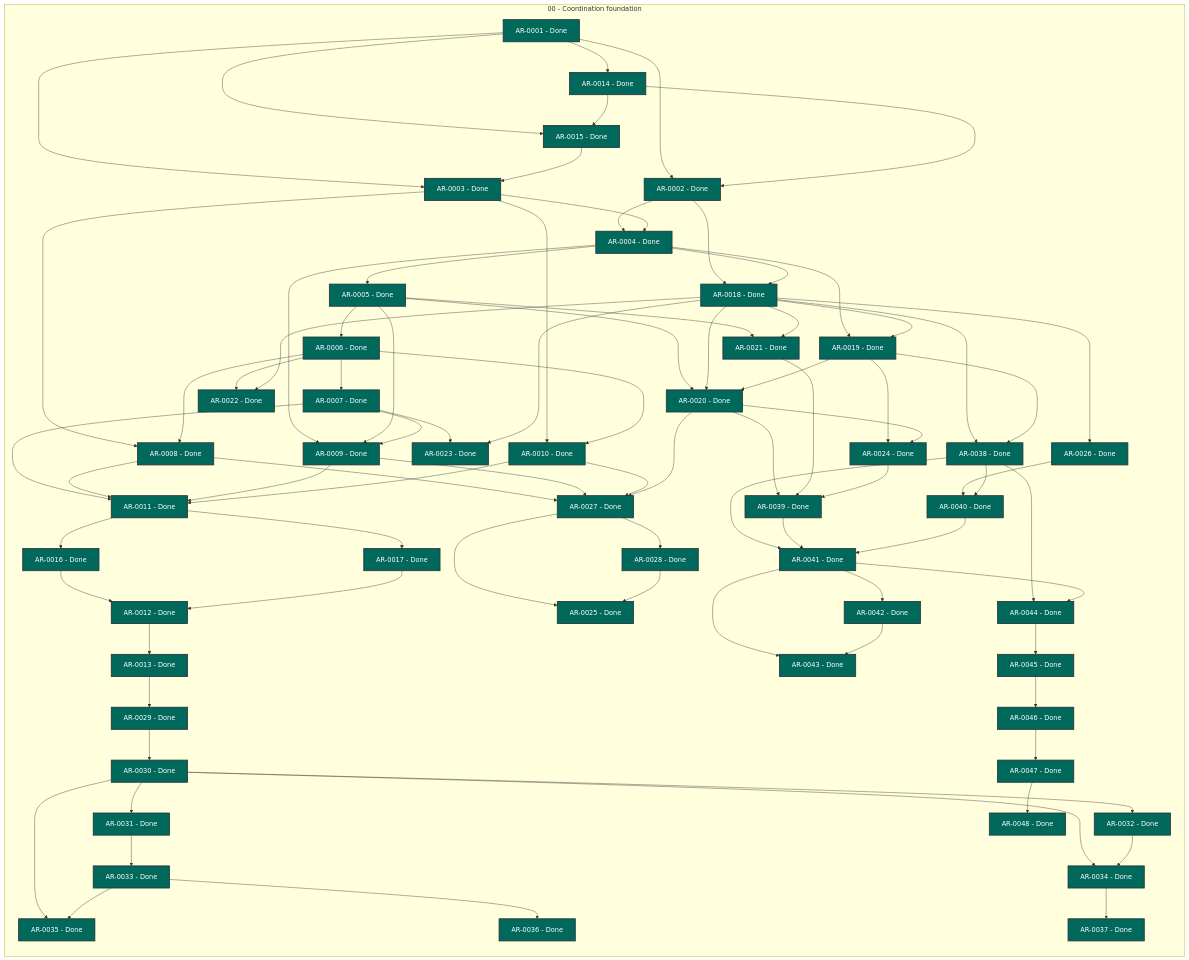
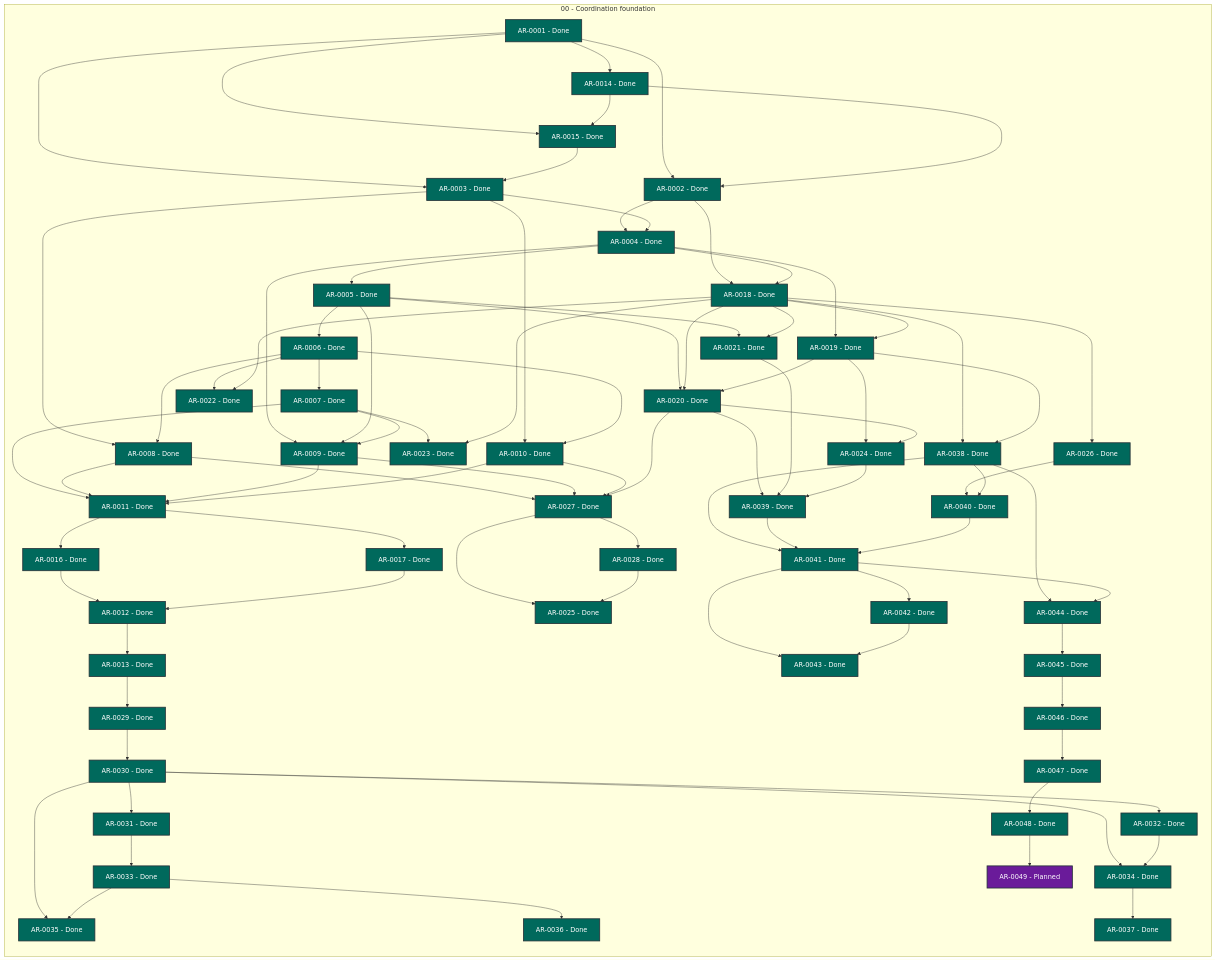
The diagram in STATUS.md (martin-beck/agent-workflow-tui-state), drawn with Mermaid before and after one commit. The commit also changed other lines of this file and 1 other file, not shown here.

```diff
--- a/STATUS.md
+++ b/STATUS.md
@@ -76,6 +76,7 @@
         AR_0046["AR-0046 - Done"]:::status_done
         AR_0047["AR-0047 - Done"]:::status_done
         AR_0048["AR-0048 - Done"]:::status_done
+        AR_0049["AR-0049 - Planned"]:::status_planned
     end
     AR_0001 --> AR_0002
     AR_0001 --> AR_0003
@@ -158,6 +159,7 @@
     AR_0045 --> AR_0046
     AR_0046 --> AR_0047
     AR_0047 --> AR_0048
+    AR_0048 --> AR_0049
     classDef status_in_progress fill:#1565c0,color:#ffffff,stroke:#263238,stroke-width:2px
     classDef status_open fill:#2e7d32,color:#ffffff,stroke:#263238,stroke-width:2px
     classDef status_blocked fill:#c62828,color:#ffffff,stroke:#263238,stroke-width:2px
```
